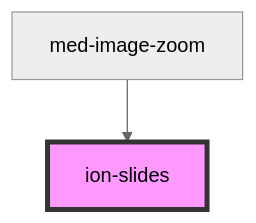
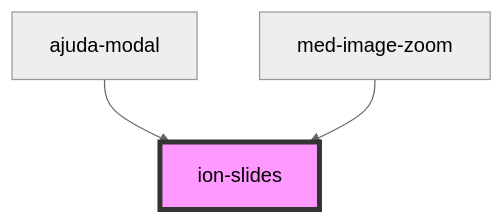
The diagram in core/src/components/slides/readme.md (MEDGRUPOGIT/ionic-framework-1), drawn with Mermaid (neutral theme) before and after one commit. The commit also changed other lines of this file and 20 other files, not shown here.

Commit message:
migração ionic 1 tela simulados modal ajuda

````diff
--- a/core/src/components/slides/readme.md
+++ b/core/src/components/slides/readme.md
@@ -859,5 +860,6 @@
 ```mermaid
 graph TD;
+  ajuda-modal --> ion-slides
   med-image-zoom --> ion-slides
   style ion-slides fill:#f9f,stroke:#333,stroke-width:4px
 ```
````
